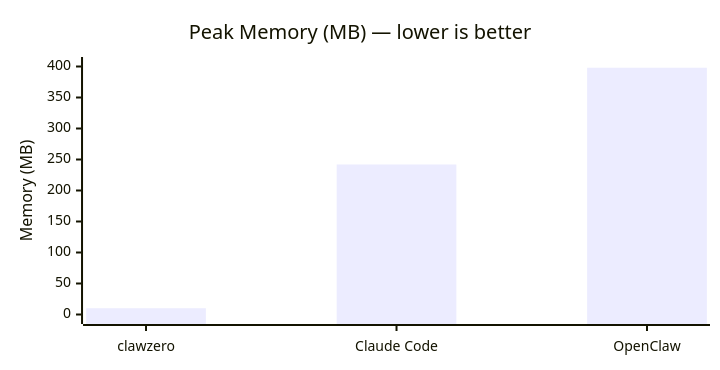
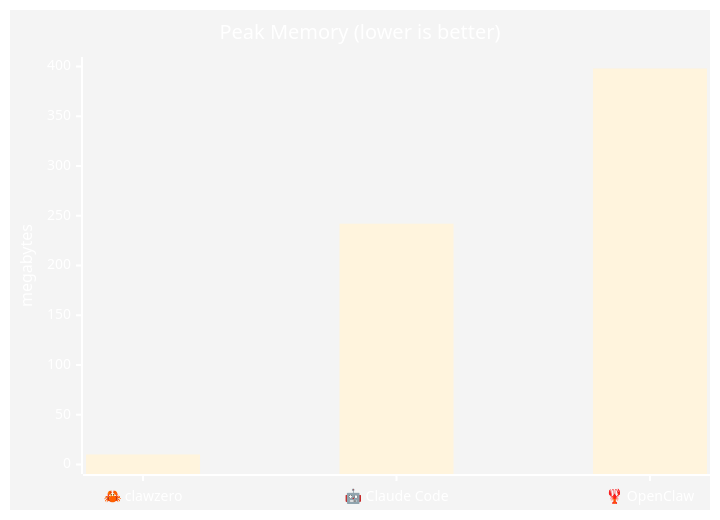
One commit to betta-lab/clawzero changed the fourth of 4 diagrams in README.md. Above: the diagram before and after it, drawn with Mermaid. The commit also changed other lines of this file and 1 other file, not shown here.

````diff
--- a/README.md
+++ b/README.md
@@ -86,16 +68,8 @@
 ```mermaid
----
-config:
-    xyChart:
-        width: 700
-        height: 350
-    themeVariables:
-        xyChart:
-            backgroundColor: transparent
----
+%%{init: {'theme':'base', 'themeVariables': { 'primaryColor':'#10b981', 'primaryTextColor':'#fff', 'primaryBorderColor':'#059669', 'lineColor':'#6366f1', 'secondaryColor':'#ec4899', 'tertiaryColor':'#f59e0b'}}}%%
 xychart-beta
-    title "Peak Memory (MB) — lower is better"
-    x-axis ["clawzero", "Claude Code", "OpenClaw"]
-    y-axis "Memory (MB)" 0 --> 400
+    title "Peak Memory (lower is better)"
+    x-axis ["🦀 clawzero", "🤖 Claude Code", "🦞 OpenClaw"]
+    y-axis "megabytes" 0 --> 400
     bar [10.1, 242, 398]
 ```
````
